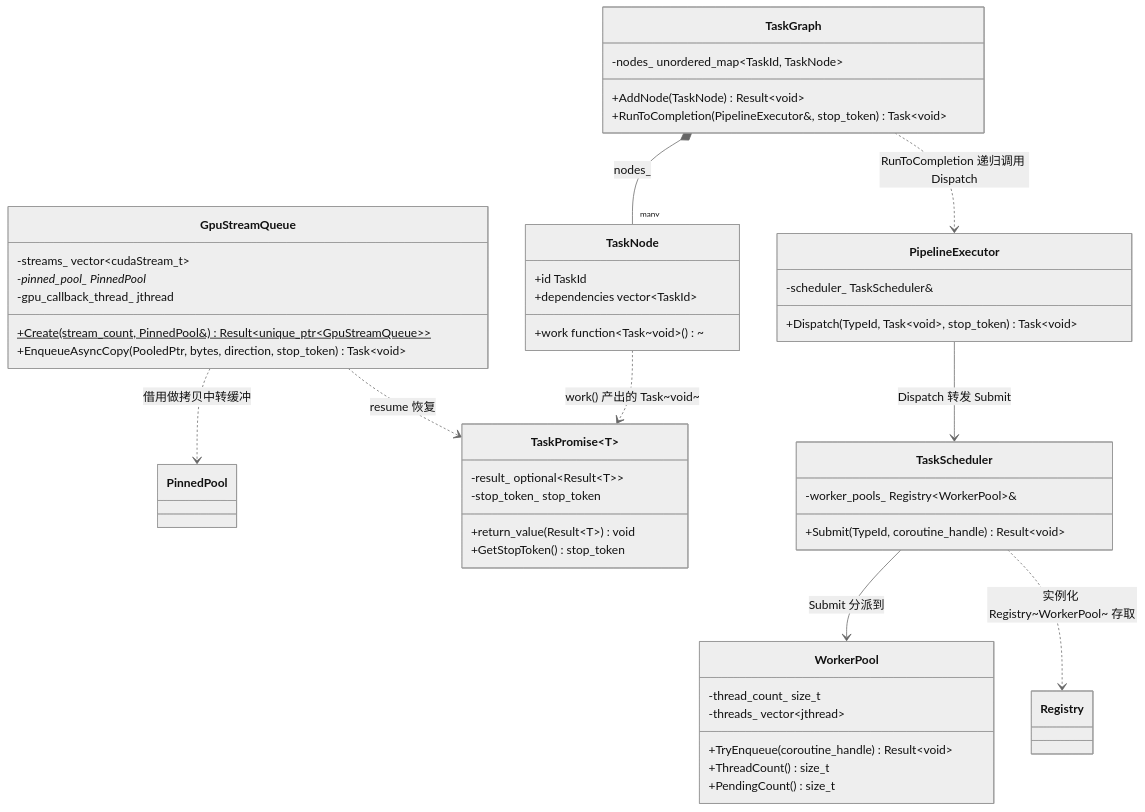
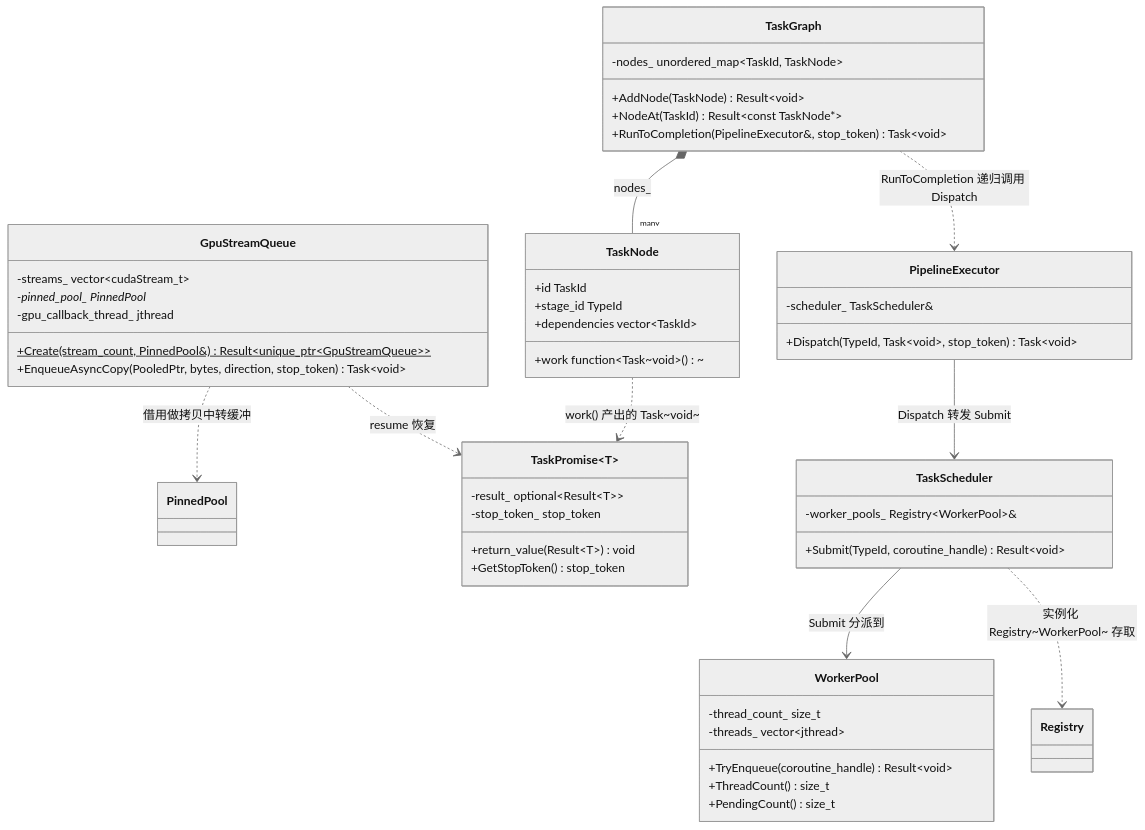
Before and after one commit to celien99/surface-ai: the first of 3 diagrams in docs/surface-ai/design/milestone-01-foundation/1.4-runtime.md, drawn with Mermaid (neutral theme). The commit also changed other lines of this file and 1 other file, not shown here.

First line of the commit message:
docs: fix task 6 TaskNode gap, GPU cancellation race, and frame destroy ownership per review

````diff
--- a/docs/surface-ai/design/milestone-01-foundation/1.4-runtime.md
+++ b/docs/surface-ai/design/milestone-01-foundation/1.4-runtime.md
@@ -371,56 +411,58 @@
 ```mermaid
 classDiagram
     class WorkerPool {
         +TryEnqueue(coroutine_handle) Result~void~
         +ThreadCount() size_t
         +PendingCount() size_t
         -thread_count_ size_t
         -threads_ vector~jthread~
     }
 
     class TaskScheduler {
         +Submit(TypeId, coroutine_handle) Result~void~
         -worker_pools_ Registry~WorkerPool~&
     }
 
     class TaskPromise~T~ {
         +return_value(Result~T~) void
         +GetStopToken() stop_token
         -result_ optional~Result~T~~
         -stop_token_ stop_token
     }
 
     class GpuStreamQueue {
         +Create(stream_count, PinnedPool&)$ Result~unique_ptr~GpuStreamQueue~~
         +EnqueueAsyncCopy(PooledPtr, bytes, direction, stop_token) Task~void~
         -streams_ vector~cudaStream_t~
         -pinned_pool_ PinnedPool*
         -gpu_callback_thread_ jthread
     }
 
     class TaskNode {
         +id TaskId
+        +stage_id TypeId
         +work function~Task~void~()~
         +dependencies vector~TaskId~
     }
 
     class TaskGraph {
         +AddNode(TaskNode) Result~void~
+        +NodeAt(TaskId) Result~const TaskNode*~
         +RunToCompletion(PipelineExecutor&, stop_token) Task~void~
         -nodes_ unordered_map~TaskId, TaskNode~
     }
 
     class PipelineExecutor {
         +Dispatch(TypeId, Task~void~, stop_token) Task~void~
         -scheduler_ TaskScheduler&
     }
 
     TaskScheduler --> WorkerPool : Submit 分派到
     TaskScheduler ..> Registry : 实例化 Registry~WorkerPool~ 存取
     GpuStreamQueue ..> PinnedPool : 借用做拷贝中转缓冲
     GpuStreamQueue ..> TaskPromise : resume 恢复
     TaskGraph *-- "many" TaskNode : nodes_
     TaskGraph ..> PipelineExecutor : RunToCompletion 递归调用 Dispatch
     PipelineExecutor --> TaskScheduler : Dispatch 转发 Submit
     TaskNode ..> TaskPromise : work() 产出的 Task~void~
 ```
````
